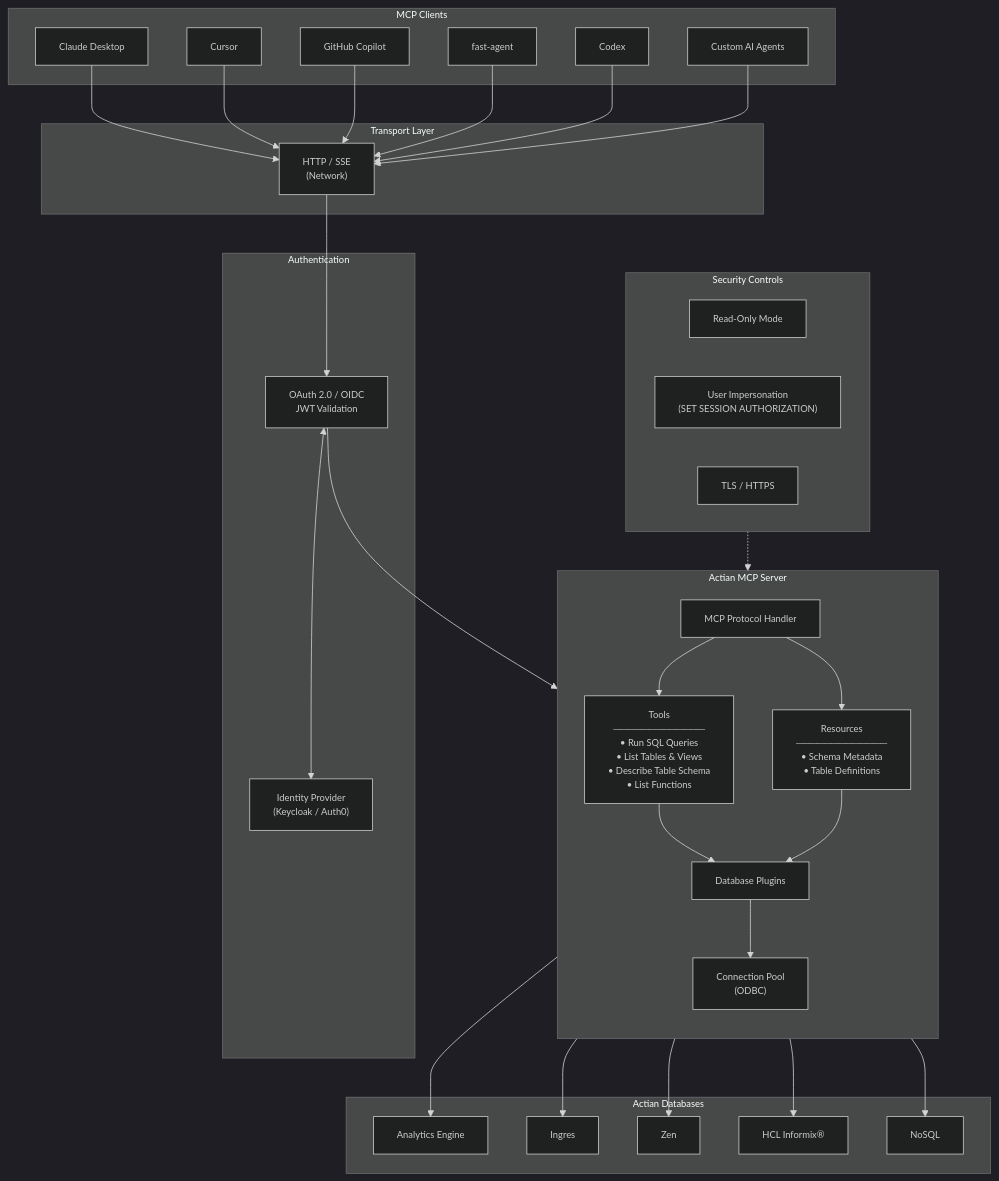
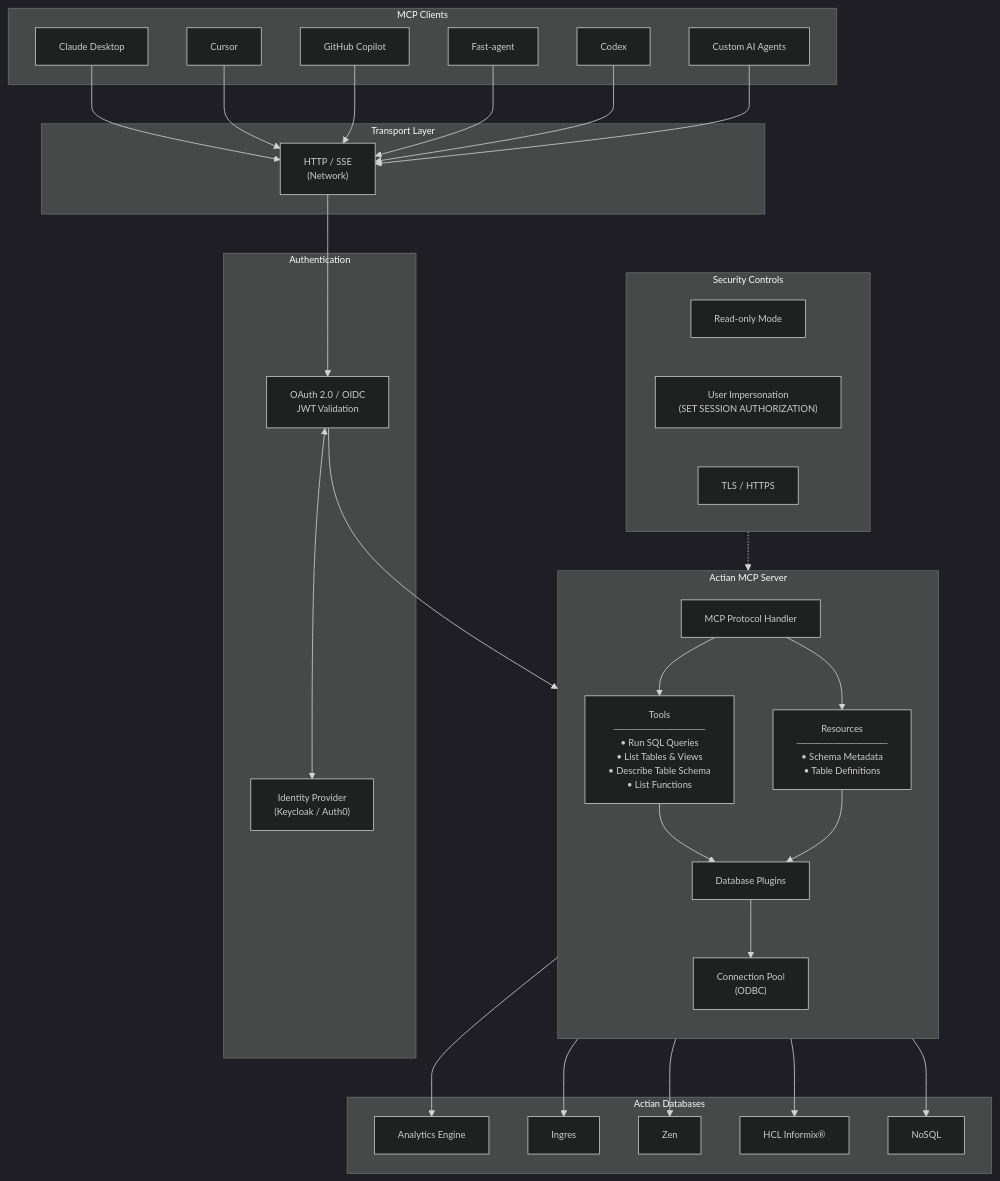
One commit to ActianCorp/mcp-server-docs changed the first of 2 diagrams in docs/intro/index.md. Above: the diagram before and after it, drawn with Mermaid. The commit also changed other lines of this file, not shown here.

````diff
--- a/docs/intro/index.md
+++ b/docs/intro/index.md
@@ -37,71 +37,71 @@
 ```mermaid
 %%{init: {'theme': 'dark', 'themeVariables': {'fontSize': '12px', 'fontFamily': 'arial'}}}%%
 flowchart TB
     subgraph Clients["MCP Clients"]
         claude["Claude Desktop"]
         cursor["Cursor"]
         copilot["GitHub Copilot"]
-        fastagent["fast-agent"]
+        fastagent["Fast-agent"]
         codex["Codex"]
         custom["Custom AI Agents"]
     end
 
     subgraph Transport["Transport Layer"]
         http["HTTP / SSE
 (Network)"]
     end
 
     subgraph Auth["Authentication"]
         idp["Identity Provider
 (Keycloak / Auth0)"]
         oauth["OAuth 2.0 / OIDC
 JWT Validation"]
     end
 
     subgraph MCP["Actian MCP Server"]
         direction TB
         core["MCP Protocol Handler"]
         tools["Tools
 ─────────────
 • Run SQL Queries
 • List Tables & Views
 • Describe Table Schema
 • List Functions"]
         resources["Resources
 ─────────────
 • Schema Metadata
 • Table Definitions"]
         plugins["Database Plugins"]
         pool["Connection Pool
 (ODBC)"]
     end
 
     subgraph Databases["Actian Databases"]
         ae["Analytics Engine"]
         ingres["Ingres"]
         zen["Zen"]
         informix["HCL Informix®"]
         nosql["NoSQL"]
     end
 
     subgraph Security["Security Controls"]
-        readonly["Read-Only Mode"]
+        readonly["Read-only Mode"]
         impersonation["User Impersonation
 (SET SESSION AUTHORIZATION)"]
         tls["TLS / HTTPS"]
     end
 
     claude & cursor & copilot & fastagent & codex & custom --> http
 
     http --> oauth
     oauth <--> idp
     oauth --> core
 
     core --> tools & resources
     tools & resources --> plugins
     plugins --> pool
 
     pool --> ae & ingres & zen & informix & nosql
 
     Security -.-> MCP
 ```
````
